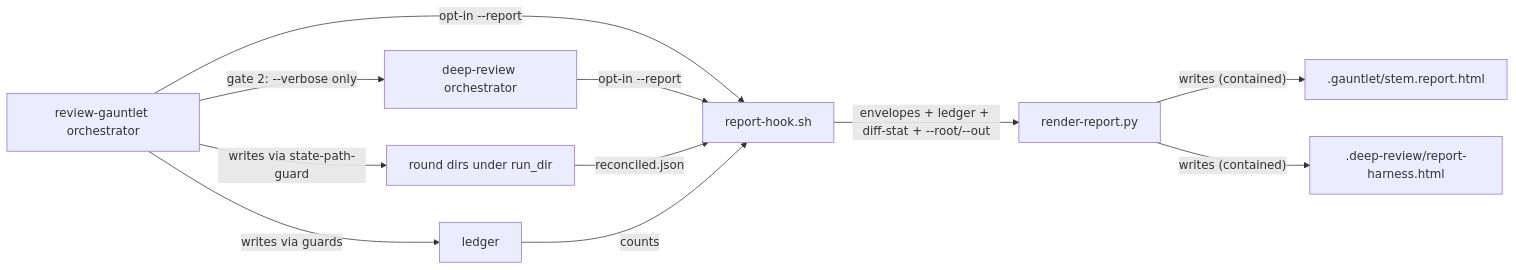
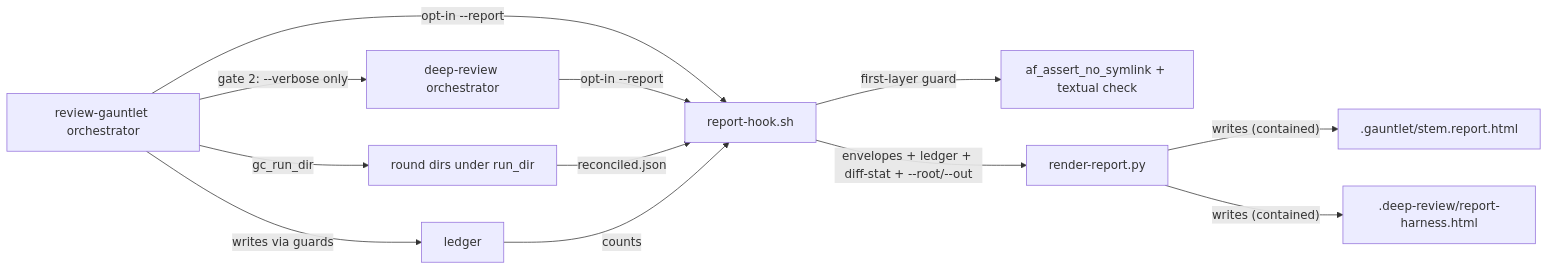
The first of 3 diagrams in docs/dev_plans/20261008-feature-review-output-formats.md (vr000m/skein), drawn with Mermaid before and after one commit. The commit also changed other lines of this file, not shown here.

Commit message:
docs: fold review round 4 findings into review-output-formats plan

````diff
--- a/docs/dev_plans/20261008-feature-review-output-formats.md
+++ b/docs/dev_plans/20261008-feature-review-output-formats.md
@@ -162,13 +168,14 @@
 ```mermaid
 graph LR
     G["review-gauntlet orchestrator"] -->|"gate 2: --verbose only"| D["deep-review orchestrator"]
     G -->|"opt-in --report"| HK["report-hook.sh"]
     D -->|"opt-in --report"| HK
+    HK -->|"first-layer guard"| GD["af_assert_no_symlink + textual check"]
     HK -->|"envelopes + ledger + diff-stat + --root/--out"| R["render-report.py"]
     R -->|"writes (contained)"| O1[".gauntlet/stem.report.html"]
     R -->|"writes (contained)"| O2[".deep-review/report-harness.html"]
     G -->|"writes via guards"| LG["ledger"]
-    G -->|"writes via state-path-guard"| RD["round dirs under run_dir"]
+    G -->|"gc_run_dir"| RD["round dirs under run_dir"]
     RD -->|"reconciled.json"| HK
     LG -->|"counts"| HK
 ```
````
